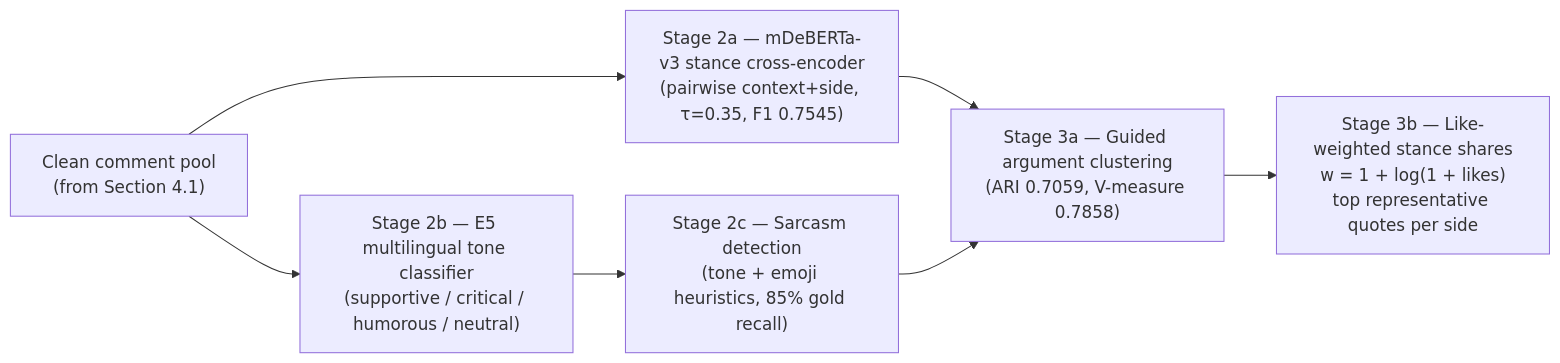
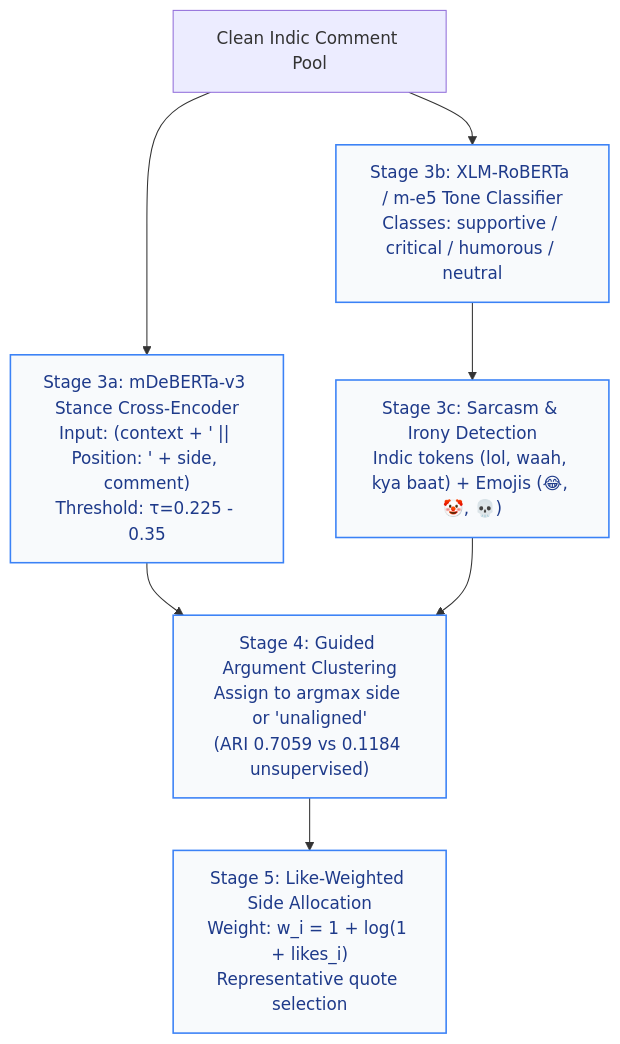
One commit to shankha06/identify-what-matters changed the ninth of 18 diagrams in docs/ARCHITECTURE.md. Above: the diagram before and after it, drawn with Mermaid. The commit also changed other lines of this file and 21 other files, not shown here.

````diff
--- a/docs/ARCHITECTURE.md
+++ b/docs/ARCHITECTURE.md
@@ -238,9 +418,14 @@
 ```mermaid
-flowchart LR
-    CLEAN["Clean comment pool<br/>(from Section 4.1)"] --> M_DEB["Stage 2a — mDeBERTa-v3 stance cross-encoder<br/>(pairwise context+side, &tau;=0.35, F1 0.7545)"]
-    CLEAN --> E5_TONE["Stage 2b — E5 multilingual tone classifier<br/>(supportive / critical / humorous / neutral)"]
-    E5_TONE --> SAR_LOGIC["Stage 2c — Sarcasm detection<br/>(tone + emoji heuristics, 85% gold recall)"]
+flowchart TD
+    CLEAN_POOL["Clean Indic Comment Pool"] --> CE_STANCE["Stage 3a: mDeBERTa-v3 Stance Cross-Encoder<br/>Input: (context + ' || Position: ' + side, comment)<br/>Threshold: &tau;=0.225 - 0.35"]
+    CLEAN_POOL --> TONE_HEAD["Stage 3b: XLM-RoBERTa / m-e5 Tone Classifier<br/>Classes: supportive / critical / humorous / neutral"]
 
-    M_DEB & SAR_LOGIC --> ARG_CLUST["Stage 3a — Guided argument clustering<br/>(ARI 0.7059, V-measure 0.7858)"]
-    ARG_CLUST --> OPIN["Stage 3b — Like-weighted stance shares<br/>w = 1 + log(1 + likes)<br/>top representative quotes per side"]
+    TONE_HEAD --> SARCASM_HEUR["Stage 3c: Sarcasm & Irony Detection<br/>Indic tokens (lol, waah, kya baat) + Emojis (😂, 🤡, 💀)"]
+
+    CE_STANCE & SARCASM_HEUR --> GUIDED_CLUST["Stage 4: Guided Argument Clustering<br/>Assign to argmax side or 'unaligned'<br/>(ARI 0.7059 vs 0.1184 unsupervised)"]
+
+    GUIDED_CLUST --> LIKE_WEIGHT["Stage 5: Like-Weighted Side Allocation<br/>Weight: w_i = 1 + log(1 + likes_i)<br/>Representative quote selection"]
+
+    classDef procStyle fill:#f8fafc,stroke:#3b82f6,stroke-width:1.5px,color:#1e3a8a;
+    class CE_STANCE,TONE_HEAD,SARCASM_HEUR,GUIDED_CLUST,LIKE_WEIGHT procStyle;
 ```
````
